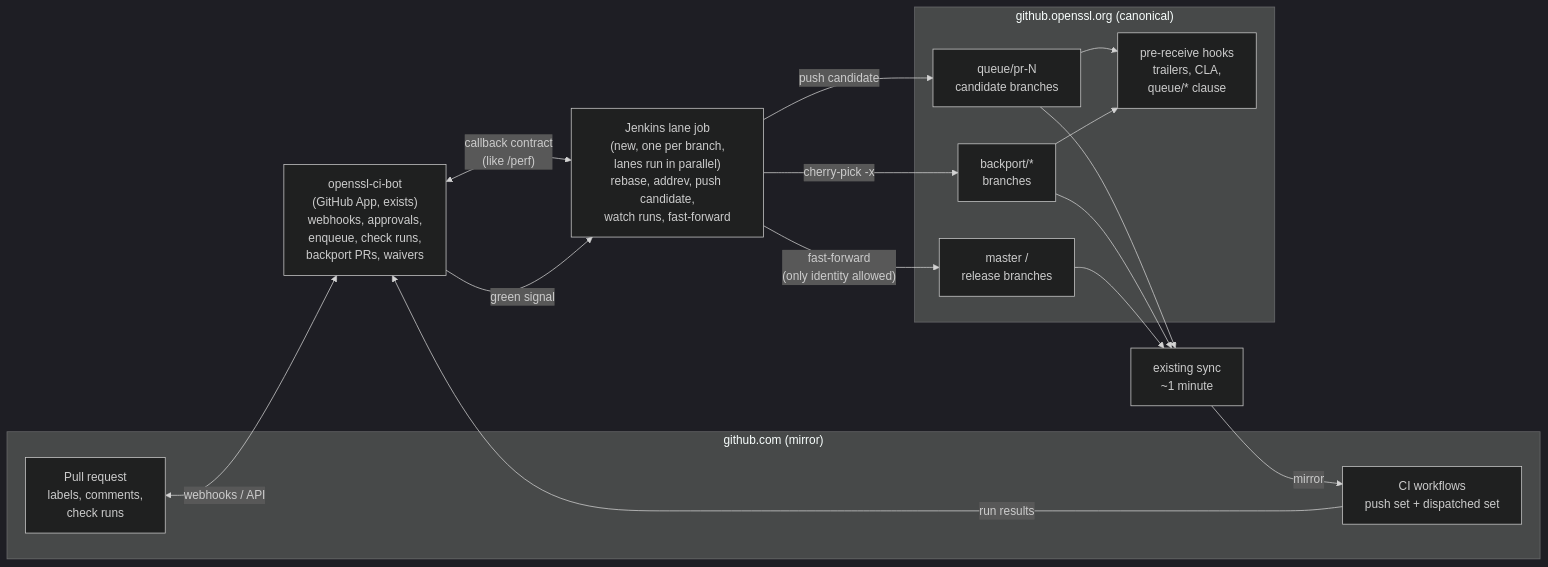
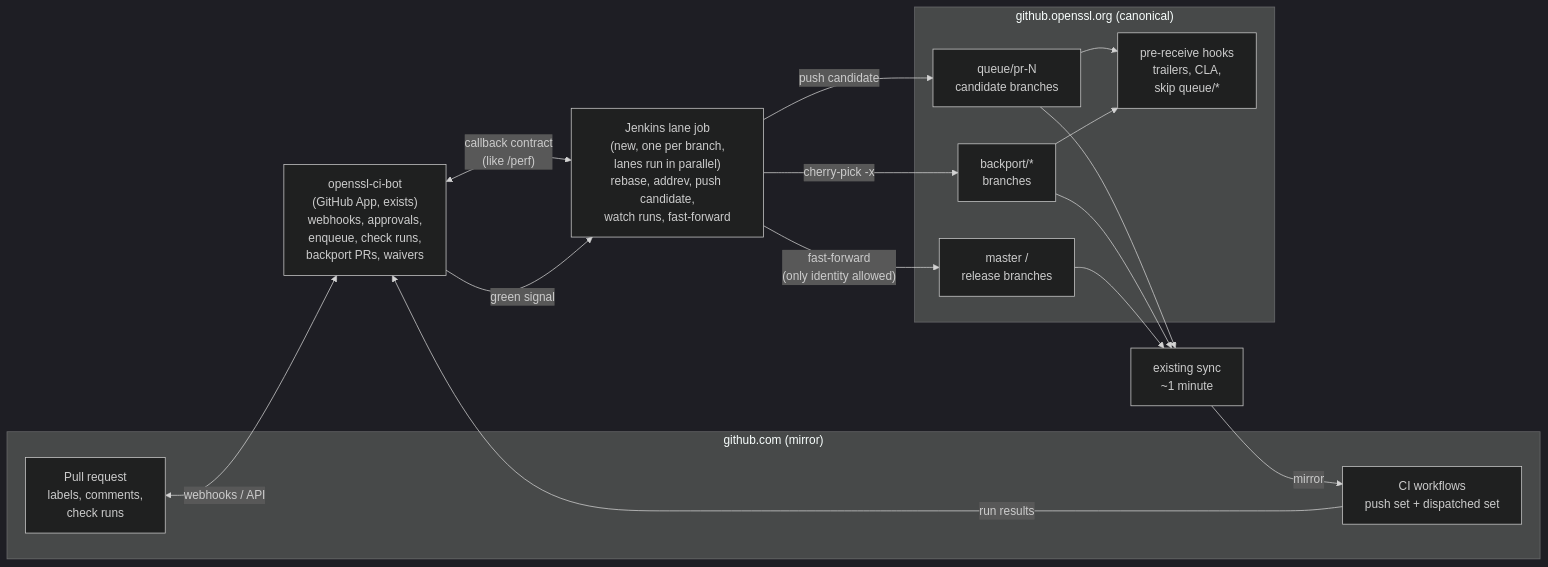
The second of 2 diagrams in proposals/merge-queue.md (openssl/project), drawn with Mermaid (dark theme) before and after one commit. The commit also changed other lines of this file, not shown here.

First line of the commit message:
merge queue: the hooks skip queue/* and backport/*

````diff
--- a/proposals/merge-queue.md
+++ b/proposals/merge-queue.md
@@ -519,31 +519,31 @@
 ```mermaid
 flowchart LR
     subgraph GH["github.com (mirror)"]
         PR[Pull request<br/>labels, comments,<br/>check runs]
         ACTIONS[CI workflows<br/>push set + dispatched set]
     end
 
     subgraph CANON["github.openssl.org (canonical)"]
         QB["queue/pr-N<br/>candidate branches"]
         BB["backport/*<br/>branches"]
         MSTR[master /<br/>release branches]
-        HOOKS[pre-receive hooks<br/>trailers, CLA,<br/>queue/* clause]
+        HOOKS[pre-receive hooks<br/>trailers, CLA,<br/>skip queue/*]
     end
 
     BOT["openssl-ci-bot<br/>(GitHub App, exists)<br/>webhooks, approvals,<br/>enqueue, check runs,<br/>backport PRs, waivers"]
     JENKINS["Jenkins lane job<br/>(new, one per branch,<br/>lanes run in parallel)<br/>rebase, addrev, push candidate,<br/>watch runs, fast-forward"]
     SYNC[existing sync<br/>~1 minute]
 
     PR <-->|webhooks / API| BOT
     BOT <-->|"callback contract<br/>(like /perf)"| JENKINS
     JENKINS -->|push candidate| QB
     JENKINS -->|cherry-pick -x| BB
     QB --> HOOKS
     BB --> HOOKS
     QB & BB --> SYNC
     SYNC -->|mirror| ACTIONS
     ACTIONS -->|run results| BOT
     BOT -->|green signal| JENKINS
     JENKINS -->|"fast-forward<br/>(only identity allowed)"| MSTR
     MSTR --> SYNC
 ```
````
